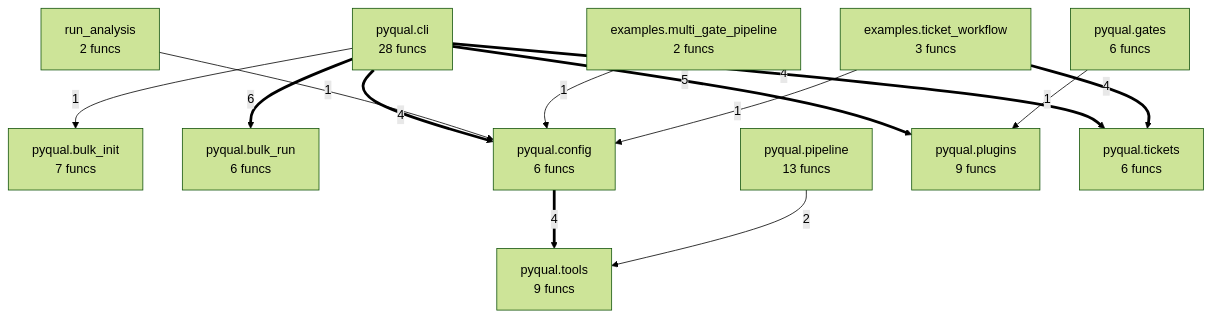
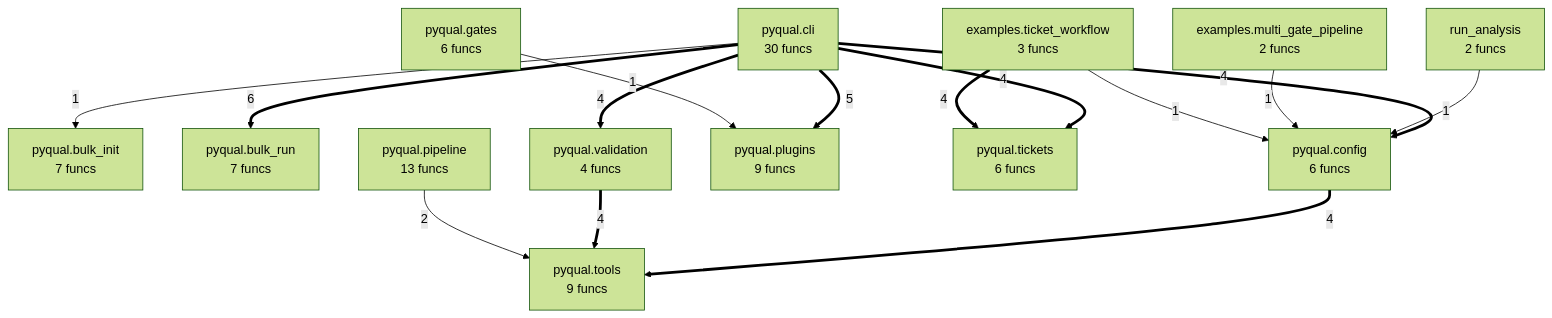
Before and after one commit to semcod/pyqual: the diagram in project/compact_flow.mmd, drawn with Mermaid (forest theme). The commit also changed 28 other files, not shown here.

```diff
--- a/project/compact_flow.mmd
+++ b/project/compact_flow.mmd
@@ -1,25 +1,28 @@
 flowchart TD
     examples__multi_gate_pipeline["examples.multi_gate_pipeline<br/>2 funcs"]
     examples__ticket_workflow["examples.ticket_workflow<br/>3 funcs"]
     pyqual__bulk_init["pyqual.bulk_init<br/>7 funcs"]
-    pyqual__bulk_run["pyqual.bulk_run<br/>6 funcs"]
-    pyqual__cli["pyqual.cli<br/>28 funcs"]
+    pyqual__bulk_run["pyqual.bulk_run<br/>7 funcs"]
+    pyqual__cli["pyqual.cli<br/>30 funcs"]
     pyqual__config["pyqual.config<br/>6 funcs"]
     pyqual__gates["pyqual.gates<br/>6 funcs"]
     pyqual__pipeline["pyqual.pipeline<br/>13 funcs"]
     pyqual__plugins["pyqual.plugins<br/>9 funcs"]
     pyqual__tickets["pyqual.tickets<br/>6 funcs"]
     pyqual__tools["pyqual.tools<br/>9 funcs"]
+    pyqual__validation["pyqual.validation<br/>4 funcs"]
     run_analysis["run_analysis<br/>2 funcs"]
     pyqual__cli ==>|6| pyqual__bulk_run
     pyqual__cli ==>|5| pyqual__plugins
     pyqual__config ==>|4| pyqual__tools
     pyqual__cli ==>|4| pyqual__config
     pyqual__cli ==>|4| pyqual__tickets
+    pyqual__cli ==>|4| pyqual__validation
+    pyqual__validation ==>|4| pyqual__tools
     examples__ticket_workflow ==>|4| pyqual__tickets
     pyqual__pipeline -->|2| pyqual__tools
     run_analysis -->|1| pyqual__config
     pyqual__gates -->|1| pyqual__plugins
     pyqual__cli -->|1| pyqual__bulk_init
     examples__multi_gate_pipeline -->|1| pyqual__config
     examples__ticket_workflow -->|1| pyqual__config
```
